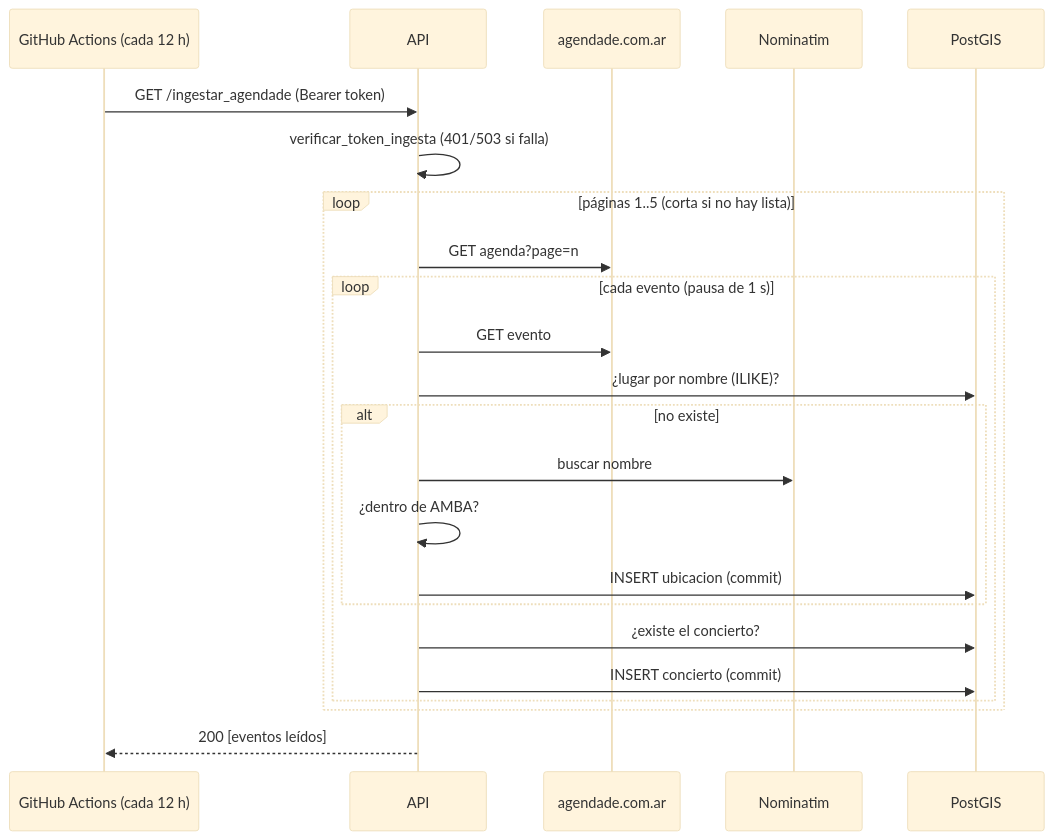
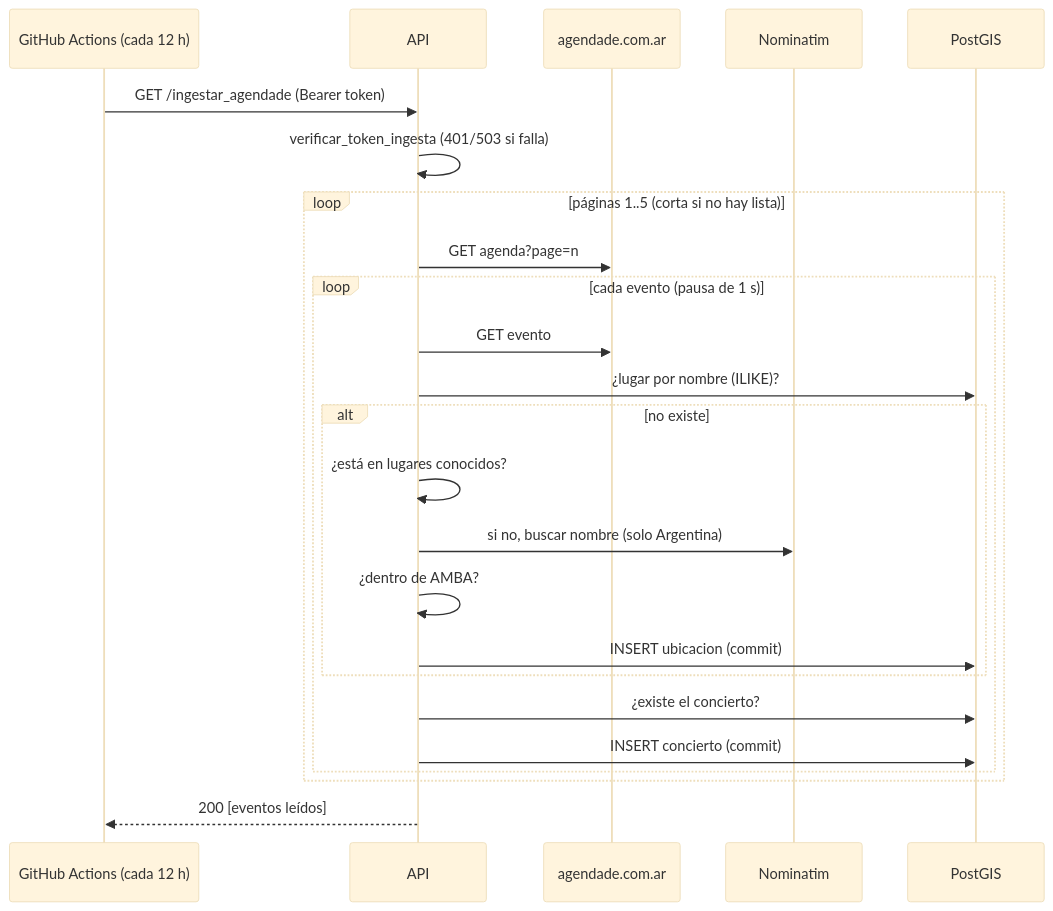
Before and after one commit to FernandezMarcodev/concierto-finder: the eighth of 9 diagrams in docs/ARQUITECTURA.md, drawn with Mermaid (base theme). The commit also changed other lines of this file and 8 other files, not shown here.

````diff
--- a/docs/ARQUITECTURA.md
+++ b/docs/ARQUITECTURA.md
@@ -254,25 +255,26 @@
 ```mermaid
 sequenceDiagram
     participant O as GitHub Actions (cada 12 h)
     participant A as API
     participant S as agendade.com.ar
     participant G as Nominatim
     participant D as PostGIS
     O->>A: GET /ingestar_agendade (Bearer token)
     A->>A: verificar_token_ingesta (401/503 si falla)
     loop páginas 1..5 (corta si no hay lista)
         A->>S: GET agenda?page=n
         loop cada evento (pausa de 1 s)
             A->>S: GET evento
             A->>D: ¿lugar por nombre (ILIKE)?
             alt no existe
-                A->>G: buscar nombre
+                A->>A: ¿está en lugares conocidos?
+                A->>G: si no, buscar nombre (solo Argentina)
                 A->>A: ¿dentro de AMBA?
                 A->>D: INSERT ubicacion (commit)
             end
             A->>D: ¿existe el concierto?
             A->>D: INSERT concierto (commit)
         end
     end
     A-->>O: 200 [eventos leídos]
 ```
````
